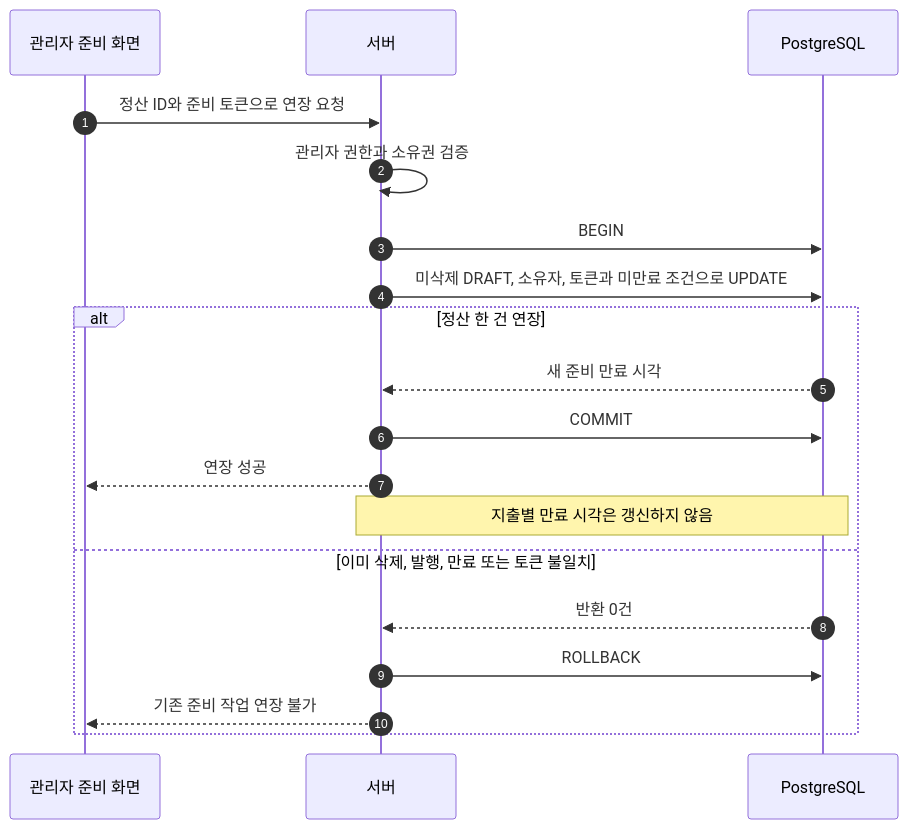
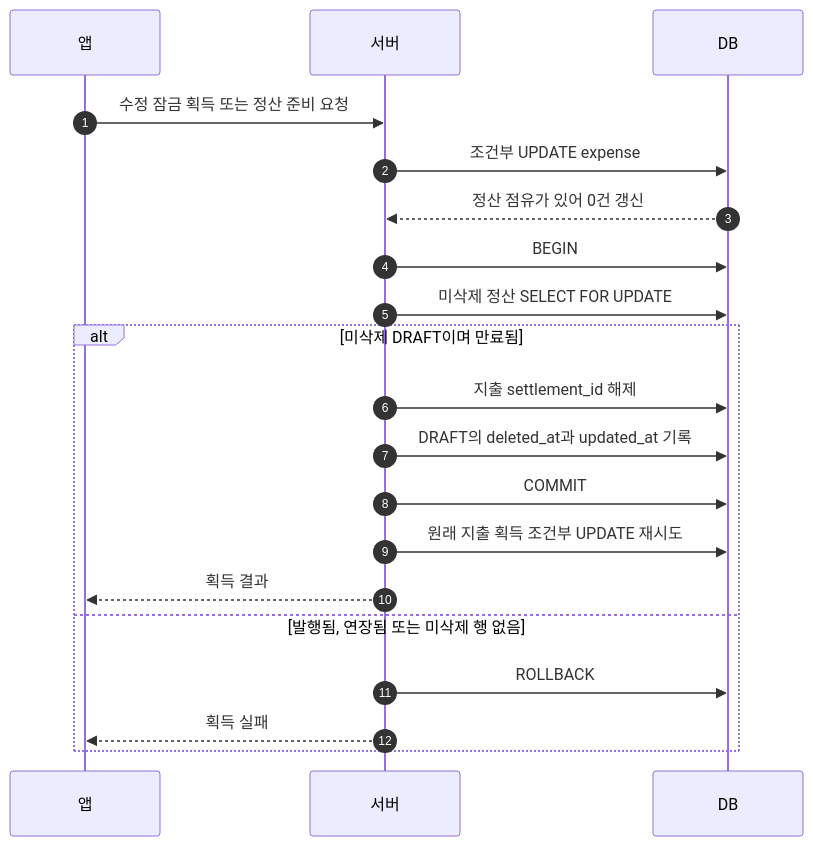
Before and after one commit to JECT-Study/Billit-5th-Docs: the second of 3 diagrams in design/settlement.md, drawn with Mermaid. The commit also changed other lines of this file, not shown here.

````diff
--- a/design/settlement.md
+++ b/design/settlement.md
@@ -368,21 +212,23 @@
 ```mermaid
 sequenceDiagram
     autonumber
-    participant App as 관리자 준비 화면
+    participant App as 앱
     participant Server as 서버
-    participant DB as PostgreSQL
-    App->>Server: 정산 ID와 준비 토큰으로 연장 요청
-    Server->>Server: 관리자 권한과 소유권 검증
+    participant DB as DB
+
+    App->>Server: 수정 잠금 획득 또는 정산 준비 요청
+    Server->>DB: 조건부 UPDATE expense
+    DB-->>Server: 정산 점유가 있어 0건 갱신
     Server->>DB: BEGIN
-    Server->>DB: 미삭제 DRAFT, 소유자, 토큰과 미만료 조건으로 UPDATE
-    alt 정산 한 건 연장
-        DB-->>Server: 새 준비 만료 시각
+    Server->>DB: 미삭제 정산 SELECT FOR UPDATE
+    alt 미삭제 DRAFT이며 만료됨
+        Server->>DB: 지출 settlement_id 해제
+        Server->>DB: DRAFT의 deleted_at과 updated_at 기록
         Server->>DB: COMMIT
-        Server-->>App: 연장 성공
-        Note over Server,DB: 지출별 만료 시각은 갱신하지 않음
-    else 이미 삭제, 발행, 만료 또는 토큰 불일치
-        DB-->>Server: 반환 0건
+        Server->>DB: 원래 지출 획득 조건부 UPDATE 재시도
+        Server-->>App: 획득 결과
+    else 발행됨, 연장됨 또는 미삭제 행 없음
         Server->>DB: ROLLBACK
-        Server-->>App: 기존 준비 작업 연장 불가
+        Server-->>App: 획득 실패
     end
 ```
````
